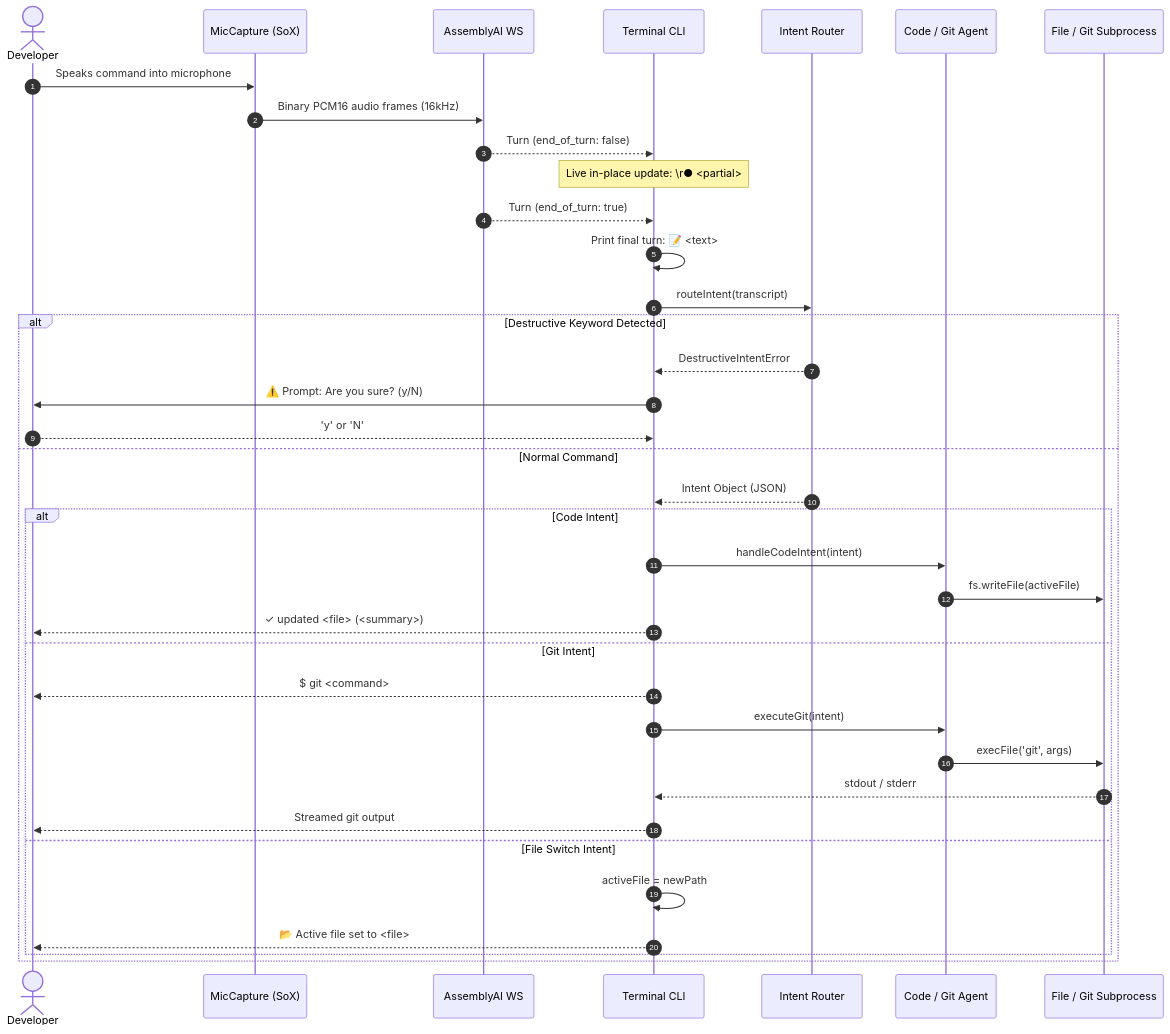
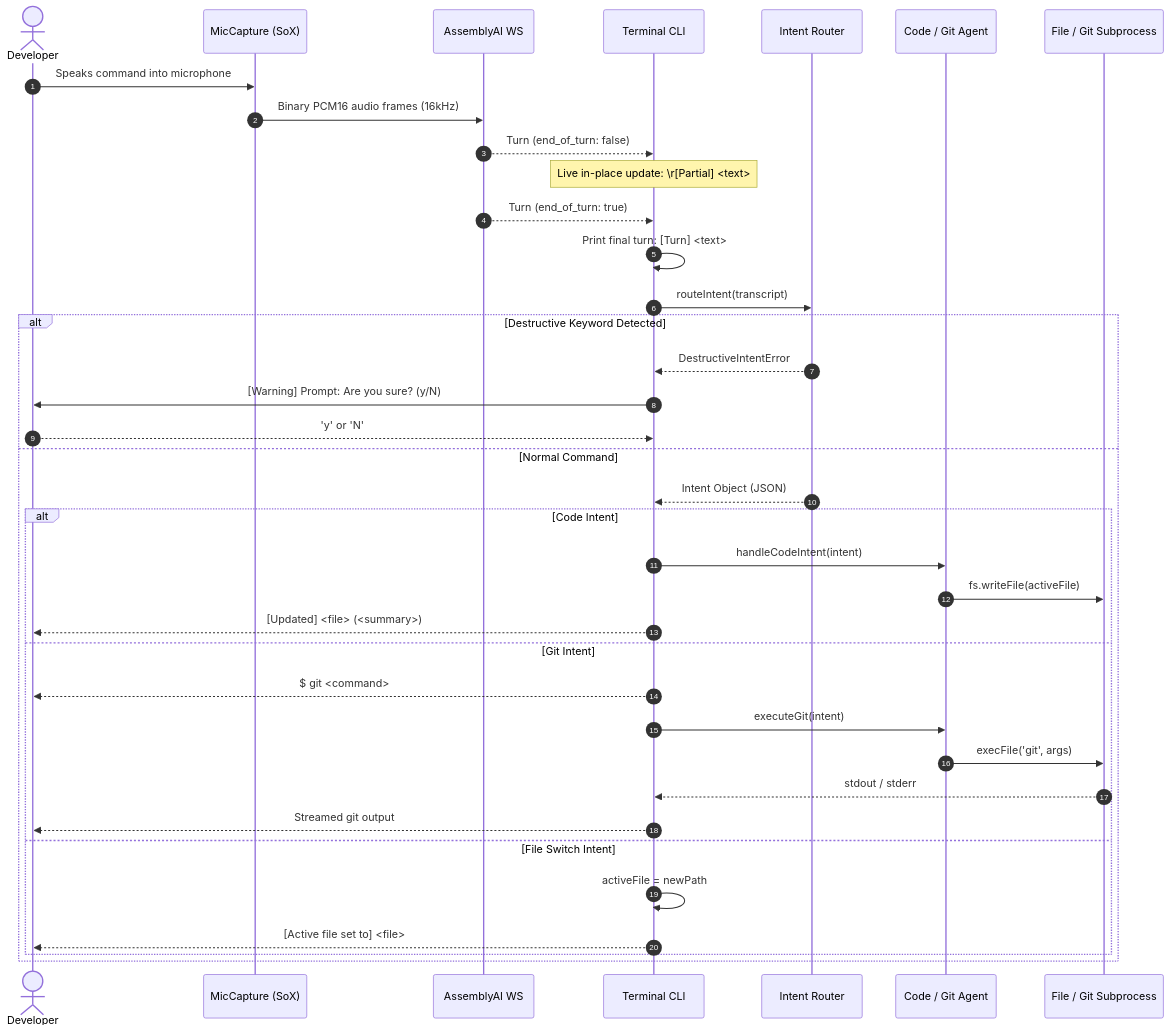
Before and after one commit to rupamghosh2006/CodeVoice: the sixth of 6 diagrams in docs/architecture.md, drawn with Mermaid. The commit also changed other lines of this file and 3 other files, not shown here.

````diff
--- a/docs/architecture.md
+++ b/docs/architecture.md
@@ -227,41 +227,41 @@
 ```mermaid
 sequenceDiagram
     autonumber
     actor User as Developer
     participant Mic as MicCapture (SoX)
     participant AAI as AssemblyAI WS
     participant CLI as Terminal CLI
     participant Router as Intent Router
     participant Agent as Code / Git Agent
     participant Disk as File / Git Subprocess
 
     User->>Mic: Speaks command into microphone
     Mic->>AAI: Binary PCM16 audio frames (16kHz)
     AAI-->>CLI: Turn (end_of_turn: false)
-    Note over CLI: Live in-place update: \r● <partial>
+    Note over CLI: Live in-place update: \r[Partial] <text>
     AAI-->>CLI: Turn (end_of_turn: true)
-    CLI->>CLI: Print final turn: 📝 <text>
+    CLI->>CLI: Print final turn: [Turn] <text>
     CLI->>Router: routeIntent(transcript)
     
     alt Destructive Keyword Detected
         Router-->>CLI: DestructiveIntentError
-        CLI->>User: ⚠️ Prompt: Are you sure? (y/N)
+        CLI->>User: [Warning] Prompt: Are you sure? (y/N)
         User-->>CLI: 'y' or 'N'
     else Normal Command
         Router-->>CLI: Intent Object (JSON)
         alt Code Intent
             CLI->>Agent: handleCodeIntent(intent)
             Agent->>Disk: fs.writeFile(activeFile)
-            CLI-->>User: ✓ updated <file> (<summary>)
+            CLI-->>User: [Updated] <file> (<summary>)
         else Git Intent
             CLI-->>User: $ git <command>
             CLI->>Agent: executeGit(intent)
             Agent->>Disk: execFile('git', args)
             Disk-->>CLI: stdout / stderr
             CLI-->>User: Streamed git output
         else File Switch Intent
             CLI->>CLI: activeFile = newPath
-            CLI-->>User: 📂 Active file set to <file>
+            CLI-->>User: [Active file set to] <file>
         end
     end
 ```
````
